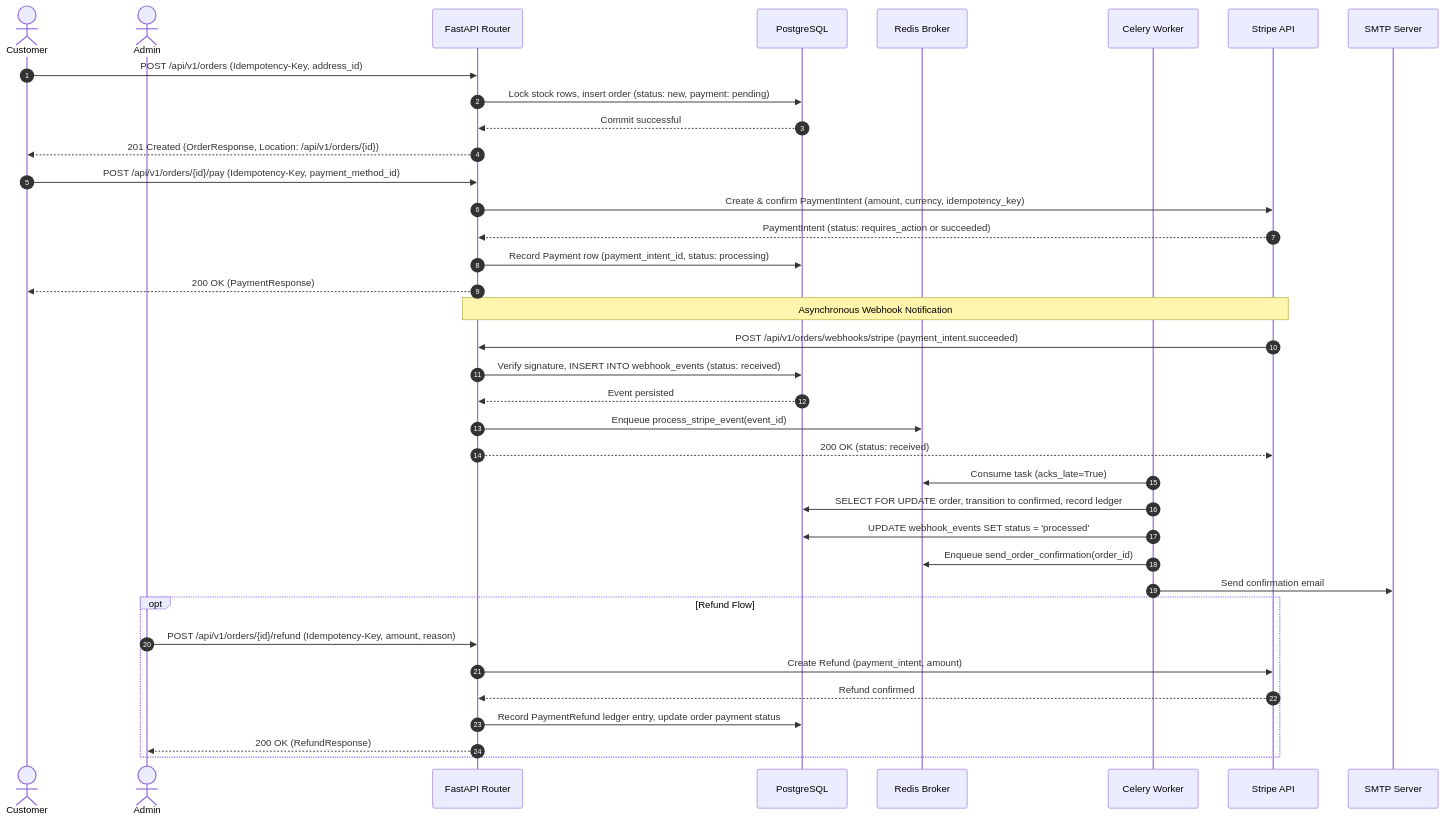
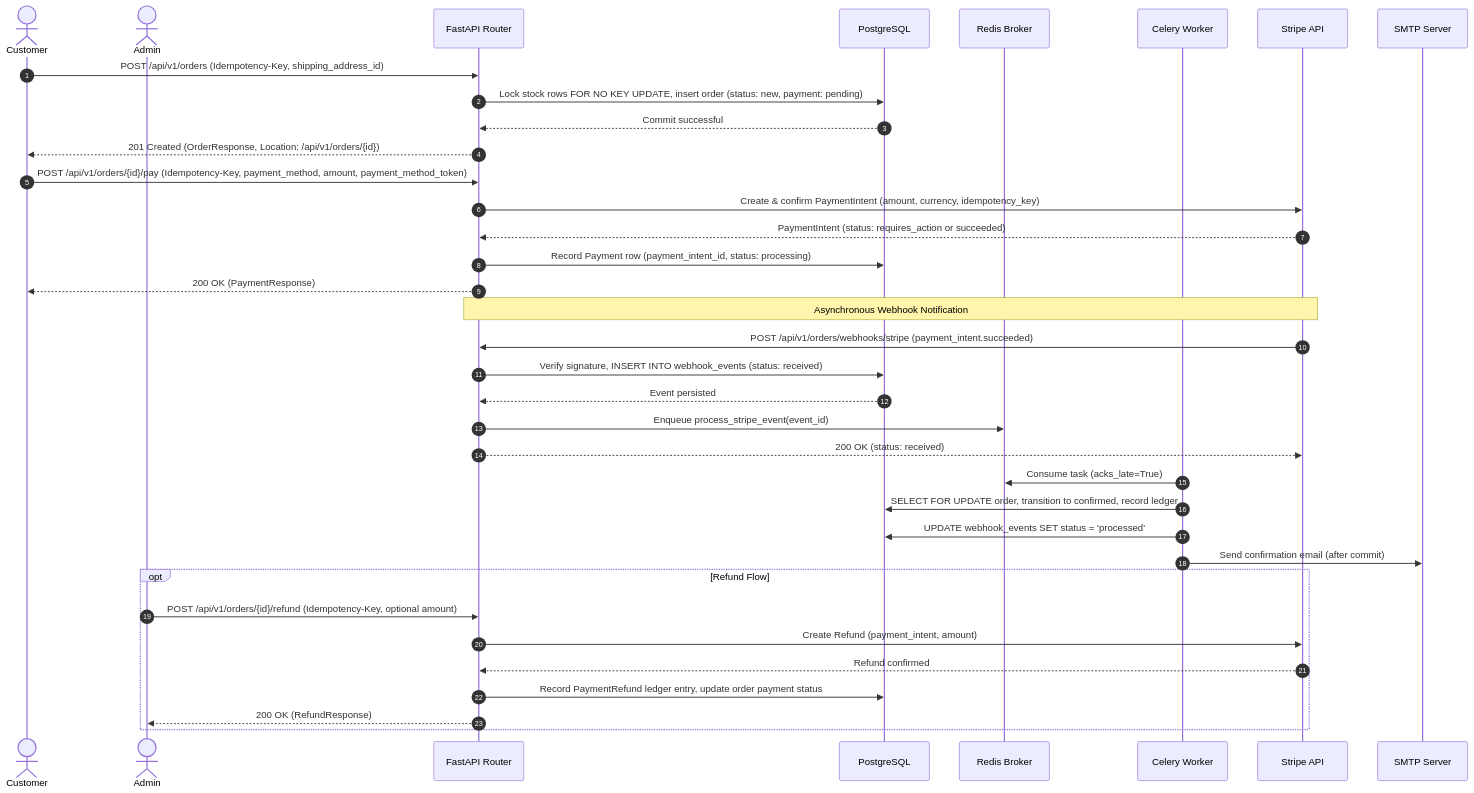
Before and after one commit to nadeko0/fastapi_e-commerce_backend: the second of 4 diagrams in docs/ARCHITECTURE.md, drawn with Mermaid. The commit also changed other lines of this file and 12 other files, not shown here.

````diff
--- a/docs/ARCHITECTURE.md
+++ b/docs/ARCHITECTURE.md
@@ -54,44 +54,43 @@
 ```mermaid
 sequenceDiagram
     autonumber
     actor Customer
     actor Admin
     participant API as FastAPI Router
     participant DB as PostgreSQL
     participant Redis as Redis Broker
     participant Worker as Celery Worker
     participant Stripe as Stripe API
     participant SMTP as SMTP Server
 
-    Customer->>API: POST /api/v1/orders (Idempotency-Key, address_id)
-    API->>DB: Lock stock rows, insert order (status: new, payment: pending)
+    Customer->>API: POST /api/v1/orders (Idempotency-Key, shipping_address_id)
+    API->>DB: Lock stock rows FOR NO KEY UPDATE, insert order (status: new, payment: pending)
     DB-->>API: Commit successful
     API-->>Customer: 201 Created (OrderResponse, Location: /api/v1/orders/{id})
 
-    Customer->>API: POST /api/v1/orders/{id}/pay (Idempotency-Key, payment_method_id)
+    Customer->>API: POST /api/v1/orders/{id}/pay (Idempotency-Key, payment_method, amount, payment_method_token)
     API->>Stripe: Create & confirm PaymentIntent (amount, currency, idempotency_key)
     Stripe-->>API: PaymentIntent (status: requires_action or succeeded)
     API->>DB: Record Payment row (payment_intent_id, status: processing)
     API-->>Customer: 200 OK (PaymentResponse)
 
     Note over Stripe,API: Asynchronous Webhook Notification
     Stripe->>API: POST /api/v1/orders/webhooks/stripe (payment_intent.succeeded)
     API->>DB: Verify signature, INSERT INTO webhook_events (status: received)
     DB-->>API: Event persisted
     API->>Redis: Enqueue process_stripe_event(event_id)
     API-->>Stripe: 200 OK (status: received)
 
     Worker->>Redis: Consume task (acks_late=True)
     Worker->>DB: SELECT FOR UPDATE order, transition to confirmed, record ledger
     Worker->>DB: UPDATE webhook_events SET status = 'processed'
-    Worker->>Redis: Enqueue send_order_confirmation(order_id)
-    Worker->>SMTP: Send confirmation email
+    Worker->>SMTP: Send confirmation email (after commit)
 
     opt Refund Flow
-        Admin->>API: POST /api/v1/orders/{id}/refund (Idempotency-Key, amount, reason)
+        Admin->>API: POST /api/v1/orders/{id}/refund (Idempotency-Key, optional amount)
         API->>Stripe: Create Refund (payment_intent, amount)
         Stripe-->>API: Refund confirmed
         API->>DB: Record PaymentRefund ledger entry, update order payment status
         API-->>Admin: 200 OK (RefundResponse)
     end
 ```
````
